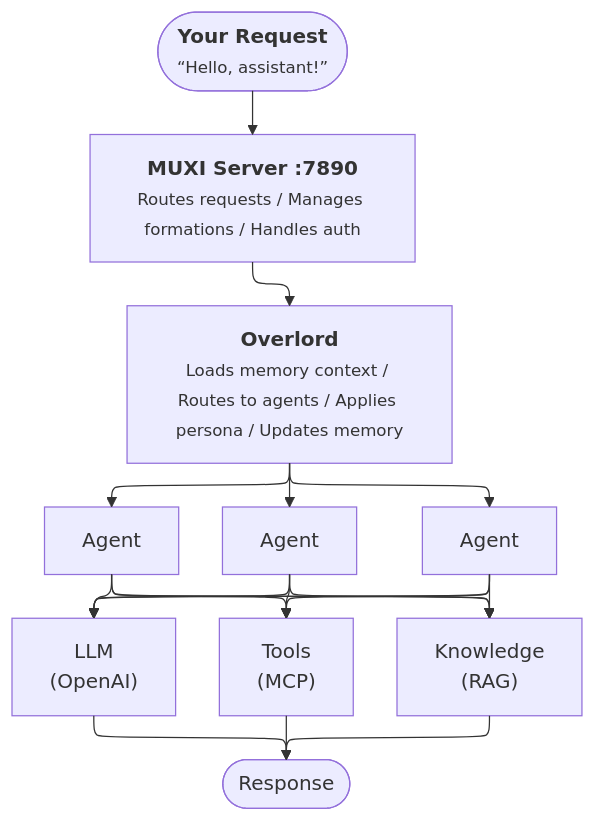
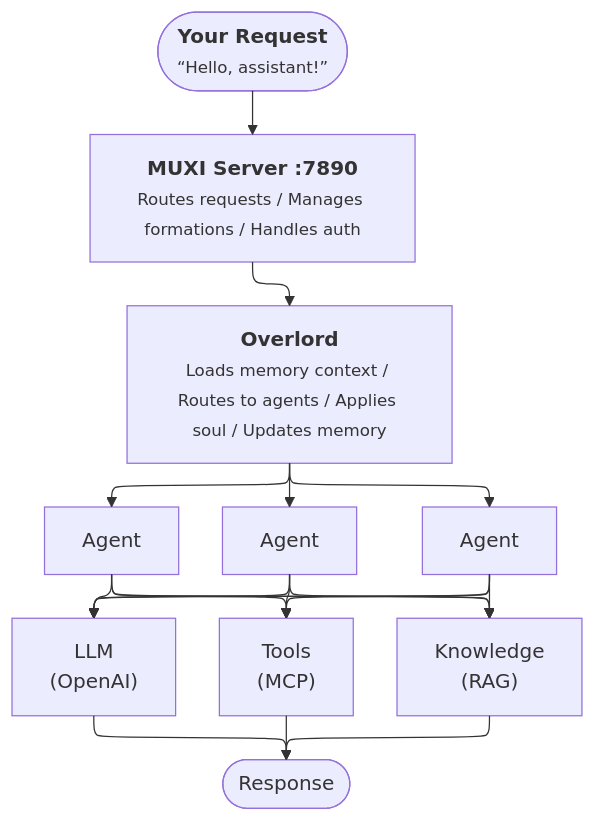
Before and after one commit to muxi-ai/muxi: the diagram in docs/how-it-works.md, drawn with Mermaid. The commit also changed other lines of this file and 29 other files, not shown here.

First line of the commit message:
docs: rename persona to soul across all documentation

````diff
--- a/docs/how-it-works.md
+++ b/docs/how-it-works.md
@@ -12,22 +12,22 @@
 ```mermaid
 ---
 config:
   layout: elk
   elk:
     mergeEdges: true
     nodePlacementStrategy: LINEAR_SEGMENTS
 ---
 flowchart TB
     Request(["<strong>Your Request</strong>\n<small>“Hello, assistant!”</small>"])
     Server["<strong>MUXI Server :7890</strong>\n<small>Routes requests / Manages formations / Handles auth</small>"]
-    Overlord["<strong>Overlord</strong>\n<small>Loads memory context / Routes to agents / Applies persona / Updates memory</small>"]
+    Overlord["<strong>Overlord</strong>\n<small>Loads memory context / Routes to agents / Applies soul / Updates memory</small>"]
     A1["Agent"] & A2["Agent"] & A3["Agent"]
     LLM["LLM\n(OpenAI)"] & Tools["Tools\n(MCP)"] & RAG["Knowledge\n(RAG)"]
     Response(["Response"])
 
     Request --> Server
     Server --> Overlord
     Overlord --> A1 & A2 & A3
     A1 & A2 & A3 --> LLM & Tools & RAG
     LLM & Tools & RAG --> Response
 ```
````
